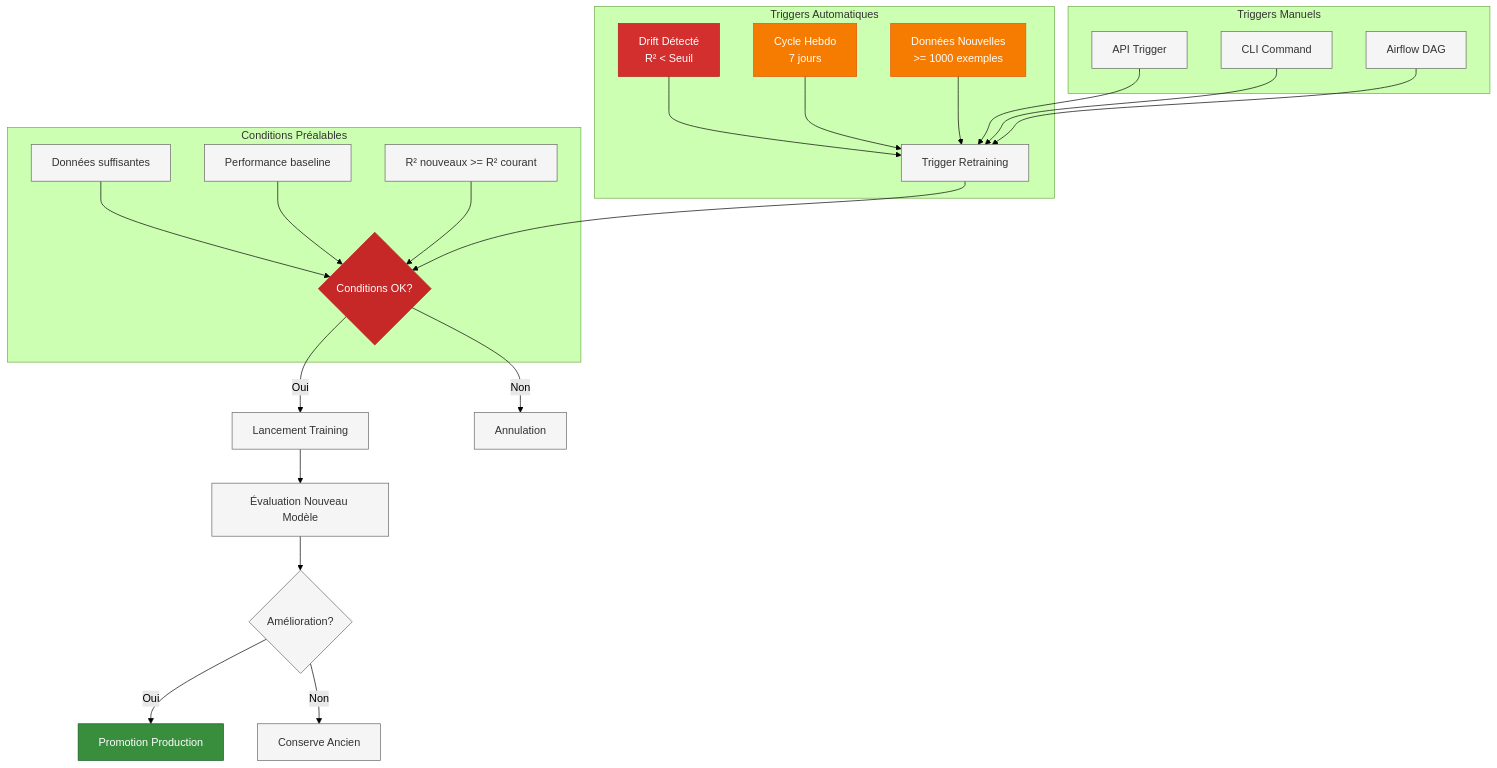
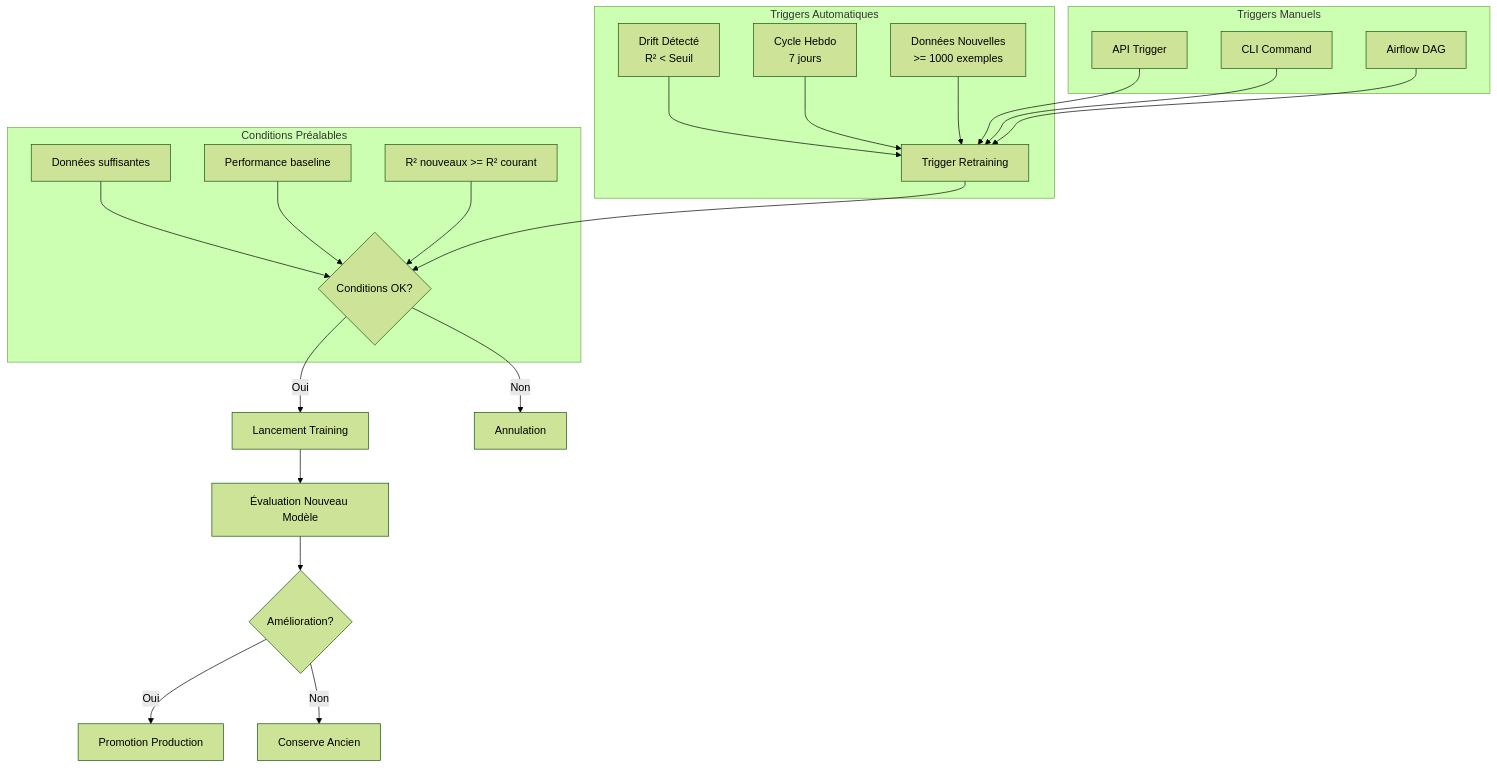
One commit to jinsudai/jinsudai changed diagram 15 of 21 in docs/ARCHITECTURE_MLOPS.md. Above: the diagram before and after it, drawn with Mermaid (forest theme). The commit also changed other lines of this file, not shown here.

````diff
--- a/docs/ARCHITECTURE_MLOPS.md
+++ b/docs/ARCHITECTURE_MLOPS.md
@@ -592,40 +475,31 @@
 ```mermaid
 flowchart TD
-    classDef critical fill:#D32F2F,stroke:#B71C1C,color:#fff
-    classDef automatic fill:#F57C00,stroke:#E65100,color:#fff
-    classDef decision fill:#C62828,stroke:#B71C1C,color:#fff
-    classDef success fill:#388E3C,stroke:#1B5E20,color:#fff
-    classDef default fill:#f5f5f5,stroke:#666,color:#333
 
     subgraph "Triggers Automatiques"
         A1[Drift Détecté<br/>R² < Seuil] --> D[Trigger Retraining]
         A2[Cycle Hebdo<br/>7 jours] --> D
         A3[Données Nouvelles<br/>>= 1000 exemples] --> D
     end
 
     subgraph "Triggers Manuels"
         B1[API Trigger] --> D
         B2[CLI Command] --> D
         B3[Airflow DAG] --> D
     end
 
     subgraph "Conditions Préalables"
         C1[Données suffisantes] --> E{Conditions OK?}
         C2[Performance baseline] --> E
         C3[R² nouveaux >= R² courant] --> E
     end
 
     D --> E
     E -->|Oui| F[Lancement Training]
     E -->|Non| G[Annulation]
 
     F --> H[Évaluation Nouveau Modèle]
     H --> I{Amélioration?}
     I -->|Oui| J[Promotion Production]
     I -->|Non| K[Conserve Ancien]
 
-    class A1 critical
-    class A2,A3 automatic
-    class E decision
-    class J success
 ```
````
